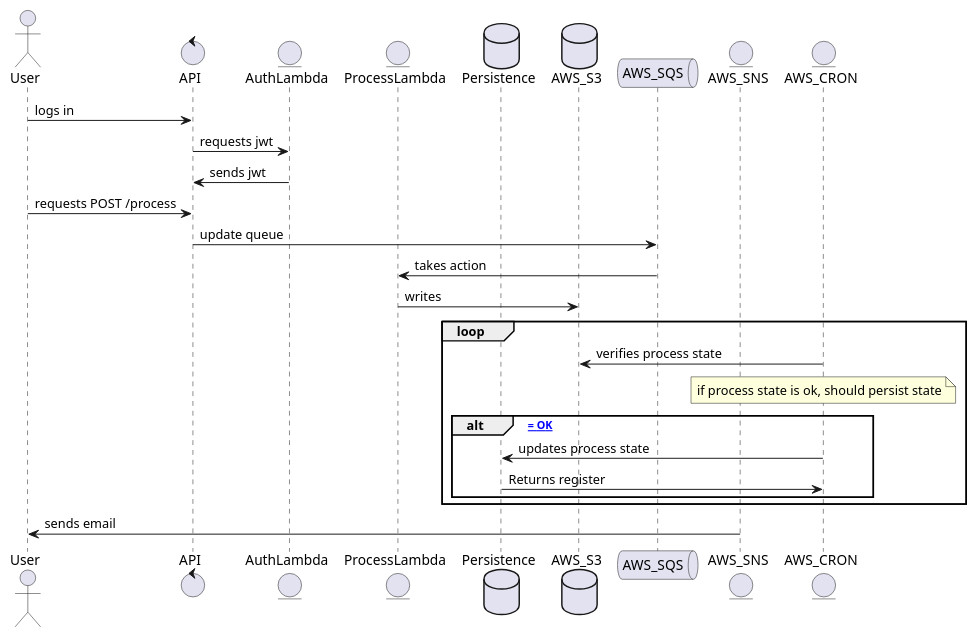
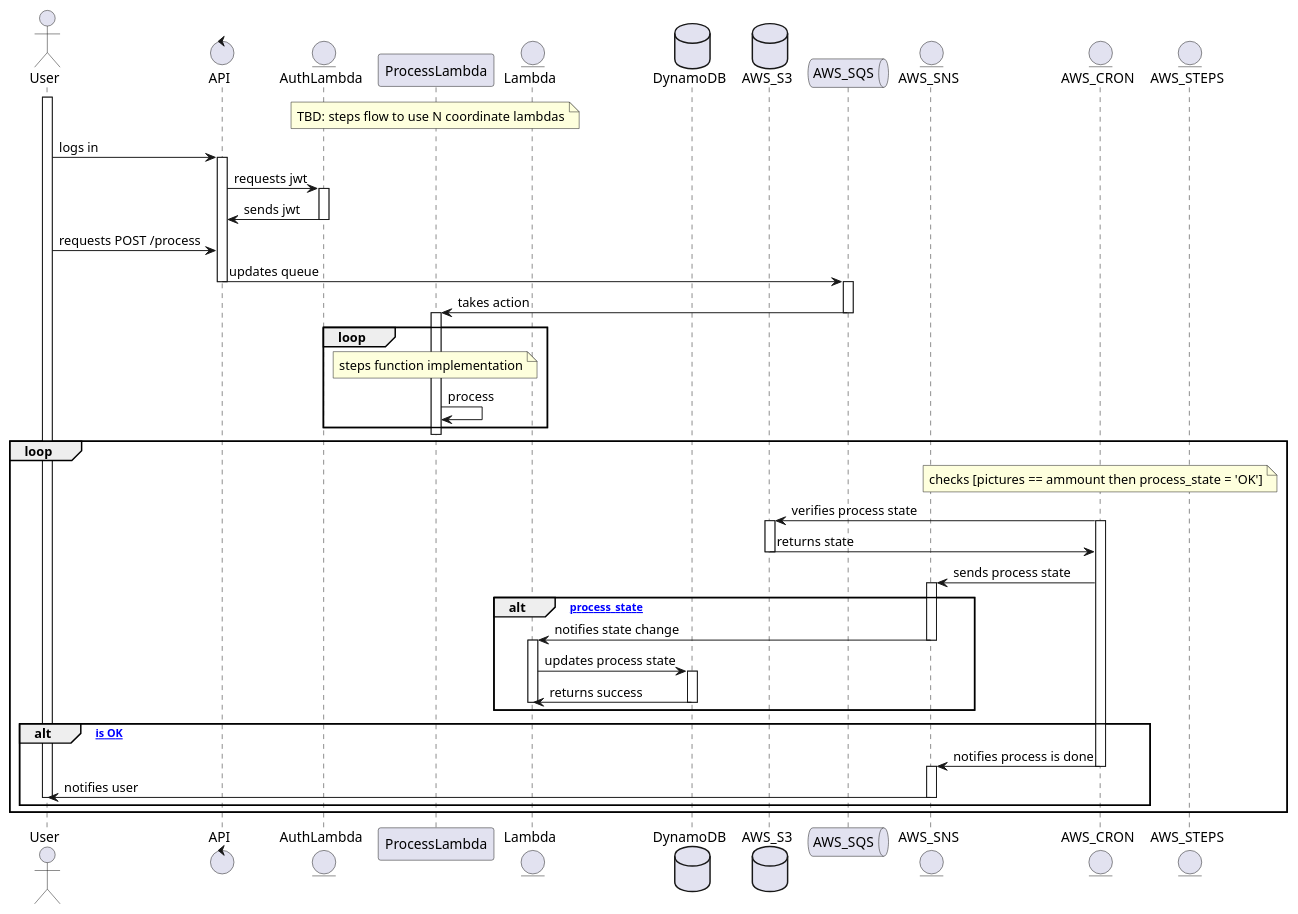
The diagram in doc/uml/sequence.plantuml (architecture-postgrad-squad/hackathon), drawn with PlantUML before and after one commit. The commit also changed 4 other files, not shown here.

Commit message:
added wip sequence diagram and architecture sketch

```diff
--- a/doc/uml/sequence.plantuml
+++ b/doc/uml/sequence.plantuml
@@ -1,35 +1,70 @@
 @startuml "Hackathon flow"
 
 actor       User      
 control     API 
 entity      AuthLambda      
+note over ProcessLambda: TBD: steps flow to use N coordinate lambdas
 entity      ProcessLambda
-database    Persistence
+entity      Lambda
+database    DynamoDB
 database    AWS_S3
 queue       AWS_SQS  
 entity      AWS_SNS
 entity      AWS_CRON
+entity      AWS_STEPS
 
+activate User
 User -> API : logs in
+activate API
 API -> AuthLambda: requests jwt
+activate AuthLambda
 AuthLambda -> API: sends jwt
+deactivate AuthLambda
 User -> API: requests POST /process
+API -> AWS_SQS: updates queue
+deactivate API
 
-API -> AWS_SQS: update queue
+activate AWS_SQS
 AWS_SQS -> ProcessLambda: takes action
-ProcessLambda -> AWS_S3: writes
+deactivate AWS_SQS
+
+loop 
+note over ProcessLambda: steps function implementation
+activate ProcessLambda
+ProcessLambda -> ProcessLambda: process
+end
+deactivate ProcessLambda
 
 loop
+    note over AWS_CRON: checks [pictures == ammount then process_state = 'OK']
     AWS_CRON -> AWS_S3: verifies process state
-    note over AWS_CRON: if process state is ok, should persist state
+    activate AWS_S3
+    activate AWS_CRON
+    AWS_S3 -> AWS_CRON: returns state
+    deactivate AWS_S3
     
-    alt  [ process_state = OK]
-        AWS_CRON -> Persistence: updates process state
-        Persistence -> AWS_CRON: Returns register
+    AWS_CRON -> AWS_SNS: sends process state
+    activate AWS_SNS
+    alt [ process_state ]
+        AWS_SNS -> Lambda: notifies state change
+        deactivate AWS_SNS
+        activate Lambda
+        Lambda -> DynamoDB: updates process state
+        activate DynamoDB
+        DynamoDB -> Lambda: returns success
+        deactivate Lambda
+        deactivate DynamoDB
+    end
+
+    alt  [ process_state is OK]
+        AWS_CRON -> AWS_SNS: notifies process is done
+        deactivate AWS_CRON
+        activate AWS_SNS
+        AWS_SNS -> User: notifies user 
+        deactivate AWS_SNS
+        deactivate User
     end
 end
 
-AWS_SNS -> User: sends email 
-
 
 @enduml
```
